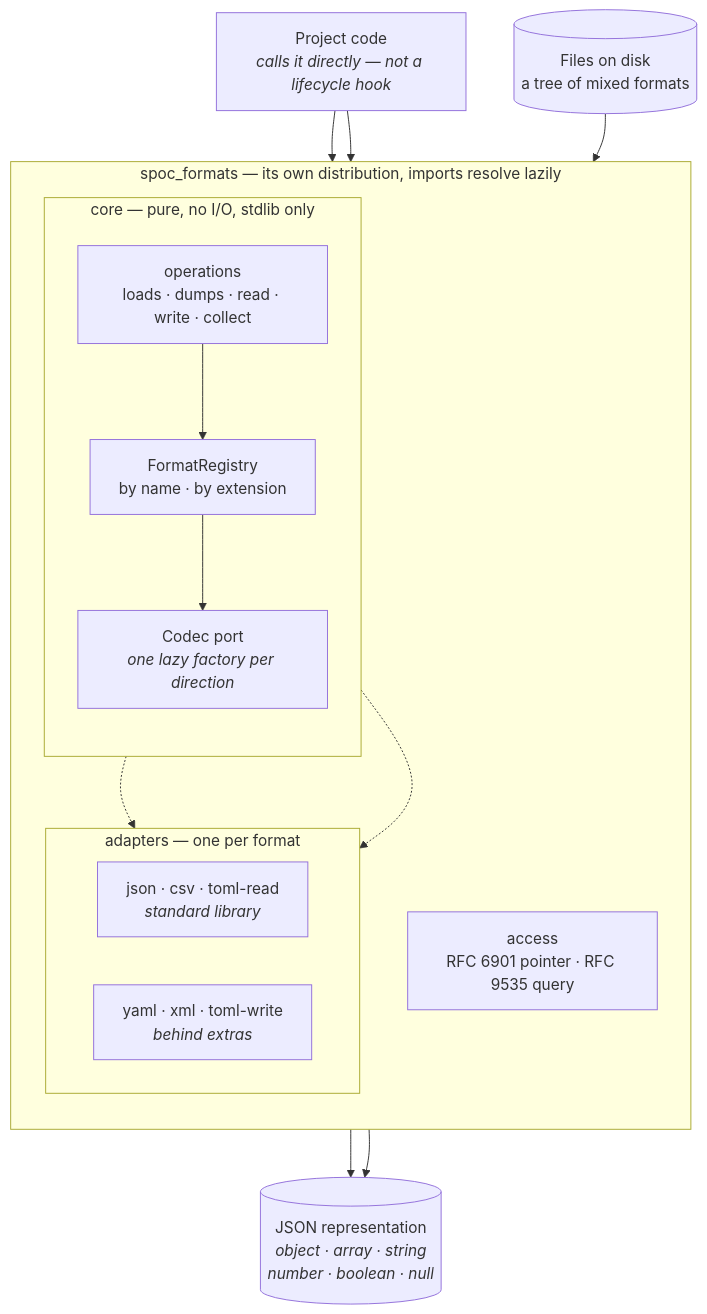
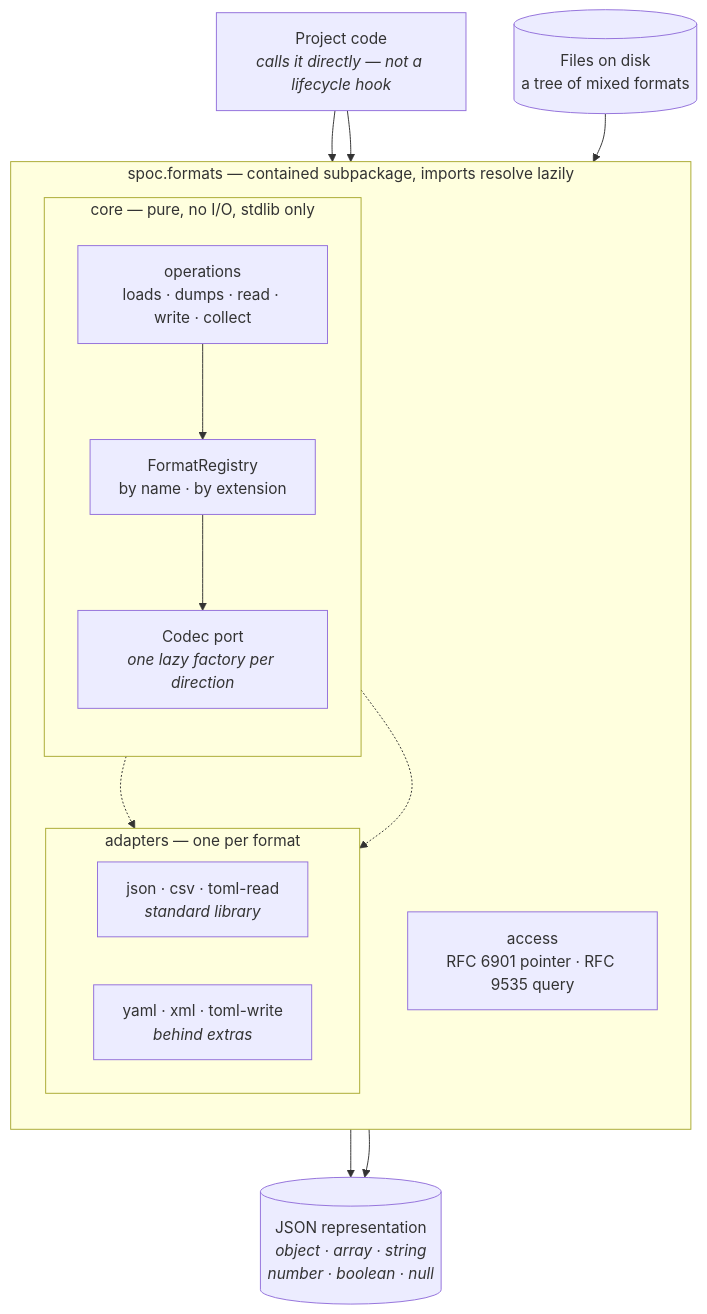
One commit to hlop3z/spoc changed the seventh of 7 diagrams in docs/architecture/kernel.md. Above: the diagram before and after it, drawn with Mermaid. The commit also changed other lines of this file and 19 other files, not shown here.

First line of the commit message:
feat(formats)!: reunify spoc-formats into the one spoc distribution

````diff
--- a/docs/architecture/kernel.md
+++ b/docs/architecture/kernel.md
@@ -181,35 +182,35 @@
 ```mermaid
 flowchart TB
     project["Project code<br/><i>calls it directly — not a lifecycle hook</i>"]
 
-    subgraph formats ["spoc_formats — its own distribution, imports resolve lazily"]
+    subgraph formats ["spoc.formats — contained subpackage, imports resolve lazily"]
         direction TB
 
         subgraph fcore ["core — pure, no I/O, stdlib only"]
             direction TB
             port["Codec port<br/><i>one lazy factory per direction</i>"]
             freg["FormatRegistry<br/>by name · by extension"]
             ops["operations<br/>loads · dumps · read · write · collect"]
         end
 
         subgraph fad ["adapters — one per format"]
             direction LR
             std["json · csv · toml-read<br/><i>standard library</i>"]
             opt["yaml · xml · toml-write<br/><i>behind extras</i>"]
         end
 
         access["access<br/>RFC 6901 pointer · RFC 9535 query"]
     end
 
     ir[("JSON representation<br/><i>object · array · string<br/>number · boolean · null</i>")]
     files[("Files on disk<br/>a tree of mixed formats")]
 
     project --> ops
     project --> access
     ops --> freg --> port
     port -.-> std
     port -.-> opt
     files --> ops
     ops --> ir
     access --> ir
 ```
````
